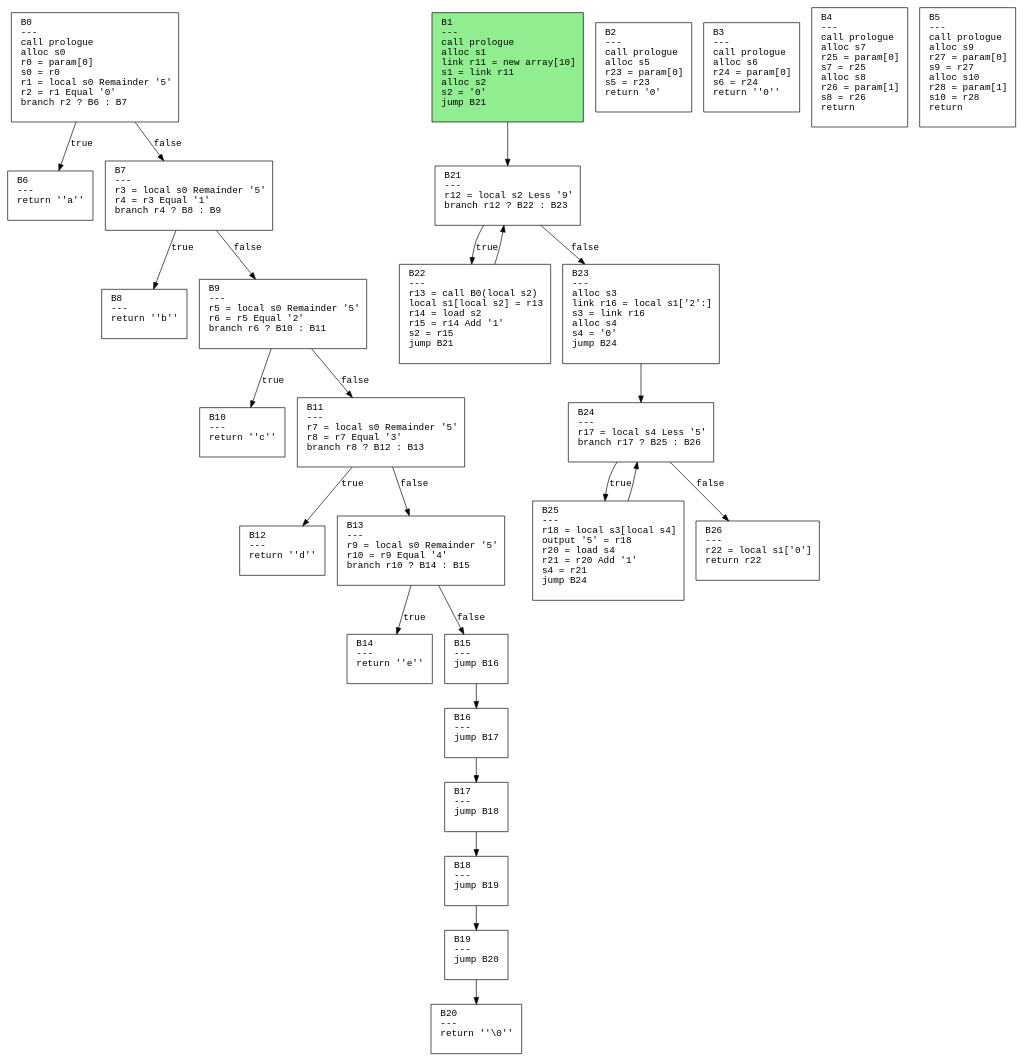
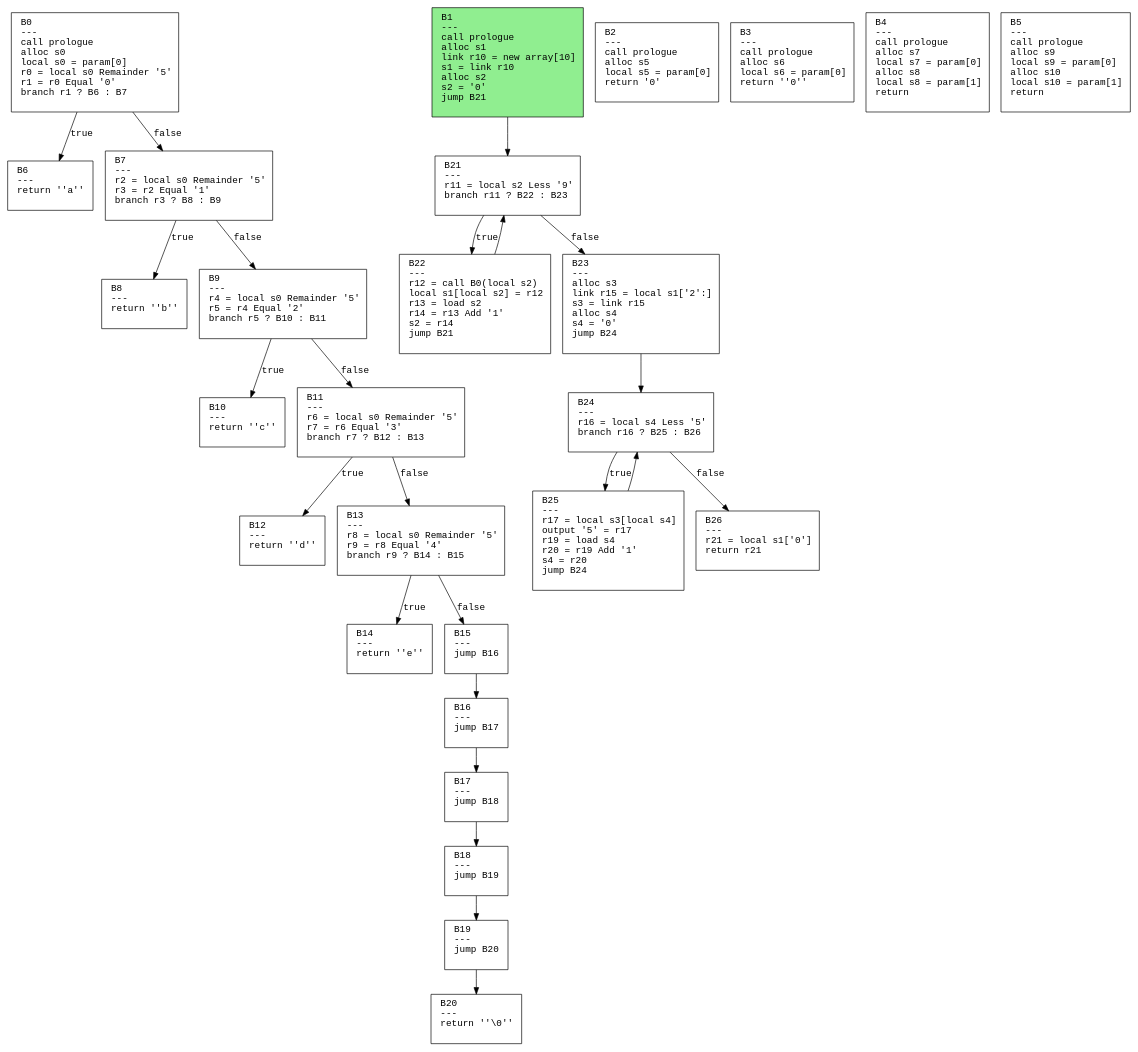
One commit to safarislava/ProcTranslator changed the diagram in schemes/array.dot. Above: the diagram before and after it, drawn with Graphviz. The commit also changed 20 other files, not shown here.

```diff
--- a/schemes/array.dot
+++ b/schemes/array.dot
@@ -1,57 +1,57 @@
 digraph CFG {
   rankdir=TB;
   node [shape=box, fontname="Courier", style=filled, fillcolor=white, margin="0.2,0.1"];
   edge [fontname="Courier"];
 
-  "B0" [label="B0\l---\lcall prologue\lalloc s0\lr0 = param[0]\ls0 = r0\lr1 = local s0 Remainder '5'\lr2 = r1 Equal '0'\lbranch r2 ? B6 : B7\l "];
-  "B1" [label="B1\l---\lcall prologue\lalloc s1\llink r11 = new array[10]\ls1 = link r11\lalloc s2\ls2 = '0'\ljump B21\l "];
-  "B2" [label="B2\l---\lcall prologue\lalloc s5\lr23 = param[0]\ls5 = r23\lreturn '0'\l "];
-  "B3" [label="B3\l---\lcall prologue\lalloc s6\lr24 = param[0]\ls6 = r24\lreturn ''0''\l "];
-  "B4" [label="B4\l---\lcall prologue\lalloc s7\lr25 = param[0]\ls7 = r25\lalloc s8\lr26 = param[1]\ls8 = r26\lreturn\l "];
-  "B5" [label="B5\l---\lcall prologue\lalloc s9\lr27 = param[0]\ls9 = r27\lalloc s10\lr28 = param[1]\ls10 = r28\lreturn\l "];
+  "B0" [label="B0\l---\lcall prologue\lalloc s0\llocal s0 = param[0]\lr0 = local s0 Remainder '5'\lr1 = r0 Equal '0'\lbranch r1 ? B6 : B7\l "];
+  "B1" [label="B1\l---\lcall prologue\lalloc s1\llink r10 = new array[10]\ls1 = link r10\lalloc s2\ls2 = '0'\ljump B21\l "];
+  "B2" [label="B2\l---\lcall prologue\lalloc s5\llocal s5 = param[0]\lreturn '0'\l "];
+  "B3" [label="B3\l---\lcall prologue\lalloc s6\llocal s6 = param[0]\lreturn ''0''\l "];
+  "B4" [label="B4\l---\lcall prologue\lalloc s7\llocal s7 = param[0]\lalloc s8\llocal s8 = param[1]\lreturn\l "];
+  "B5" [label="B5\l---\lcall prologue\lalloc s9\llocal s9 = param[0]\lalloc s10\llocal s10 = param[1]\lreturn\l "];
   "B6" [label="B6\l---\lreturn ''a''\l "];
-  "B7" [label="B7\l---\lr3 = local s0 Remainder '5'\lr4 = r3 Equal '1'\lbranch r4 ? B8 : B9\l "];
+  "B7" [label="B7\l---\lr2 = local s0 Remainder '5'\lr3 = r2 Equal '1'\lbranch r3 ? B8 : B9\l "];
   "B8" [label="B8\l---\lreturn ''b''\l "];
-  "B9" [label="B9\l---\lr5 = local s0 Remainder '5'\lr6 = r5 Equal '2'\lbranch r6 ? B10 : B11\l "];
+  "B9" [label="B9\l---\lr4 = local s0 Remainder '5'\lr5 = r4 Equal '2'\lbranch r5 ? B10 : B11\l "];
   "B10" [label="B10\l---\lreturn ''c''\l "];
-  "B11" [label="B11\l---\lr7 = local s0 Remainder '5'\lr8 = r7 Equal '3'\lbranch r8 ? B12 : B13\l "];
+  "B11" [label="B11\l---\lr6 = local s0 Remainder '5'\lr7 = r6 Equal '3'\lbranch r7 ? B12 : B13\l "];
   "B12" [label="B12\l---\lreturn ''d''\l "];
-  "B13" [label="B13\l---\lr9 = local s0 Remainder '5'\lr10 = r9 Equal '4'\lbranch r10 ? B14 : B15\l "];
+  "B13" [label="B13\l---\lr8 = local s0 Remainder '5'\lr9 = r8 Equal '4'\lbranch r9 ? B14 : B15\l "];
   "B14" [label="B14\l---\lreturn ''e''\l "];
   "B15" [label="B15\l---\ljump B16\l "];
   "B16" [label="B16\l---\ljump B17\l "];
   "B17" [label="B17\l---\ljump B18\l "];
   "B18" [label="B18\l---\ljump B19\l "];
   "B19" [label="B19\l---\ljump B20\l "];
   "B20" [label="B20\l---\lreturn ''\\0''\l "];
-  "B21" [label="B21\l---\lr12 = local s2 Less '9'\lbranch r12 ? B22 : B23\l "];
-  "B22" [label="B22\l---\lr13 = call B0(local s2)\llocal s1[local s2] = r13\lr14 = load s2\lr15 = r14 Add '1'\ls2 = r15\ljump B21\l "];
-  "B23" [label="B23\l---\lalloc s3\llink r16 = local s1['2':]\ls3 = link r16\lalloc s4\ls4 = '0'\ljump B24\l "];
-  "B24" [label="B24\l---\lr17 = local s4 Less '5'\lbranch r17 ? B25 : B26\l "];
-  "B25" [label="B25\l---\lr18 = local s3[local s4]\loutput '5' = r18\lr20 = load s4\lr21 = r20 Add '1'\ls4 = r21\ljump B24\l "];
-  "B26" [label="B26\l---\lr22 = local s1['0']\lreturn r22\l "];
+  "B21" [label="B21\l---\lr11 = local s2 Less '9'\lbranch r11 ? B22 : B23\l "];
+  "B22" [label="B22\l---\lr12 = call B0(local s2)\llocal s1[local s2] = r12\lr13 = load s2\lr14 = r13 Add '1'\ls2 = r14\ljump B21\l "];
+  "B23" [label="B23\l---\lalloc s3\llink r15 = local s1['2':]\ls3 = link r15\lalloc s4\ls4 = '0'\ljump B24\l "];
+  "B24" [label="B24\l---\lr16 = local s4 Less '5'\lbranch r16 ? B25 : B26\l "];
+  "B25" [label="B25\l---\lr17 = local s3[local s4]\loutput '5' = r17\lr19 = load s4\lr20 = r19 Add '1'\ls4 = r20\ljump B24\l "];
+  "B26" [label="B26\l---\lr21 = local s1['0']\lreturn r21\l "];
   "B0" -> "B6" [label="true"];
   "B0" -> "B7" [label="false"];
   "B1" -> "B21";
   "B7" -> "B8" [label="true"];
   "B7" -> "B9" [label="false"];
   "B9" -> "B10" [label="true"];
   "B9" -> "B11" [label="false"];
   "B11" -> "B12" [label="true"];
   "B11" -> "B13" [label="false"];
   "B13" -> "B14" [label="true"];
   "B13" -> "B15" [label="false"];
   "B15" -> "B16";
   "B16" -> "B17";
   "B17" -> "B18";
   "B18" -> "B19";
   "B19" -> "B20";
   "B21" -> "B22" [label="true"];
   "B21" -> "B23" [label="false"];
   "B22" -> "B21";
   "B23" -> "B24";
   "B24" -> "B25" [label="true"];
   "B24" -> "B26" [label="false"];
   "B25" -> "B24";
   "B1" [fillcolor=lightgreen];
 }
```
